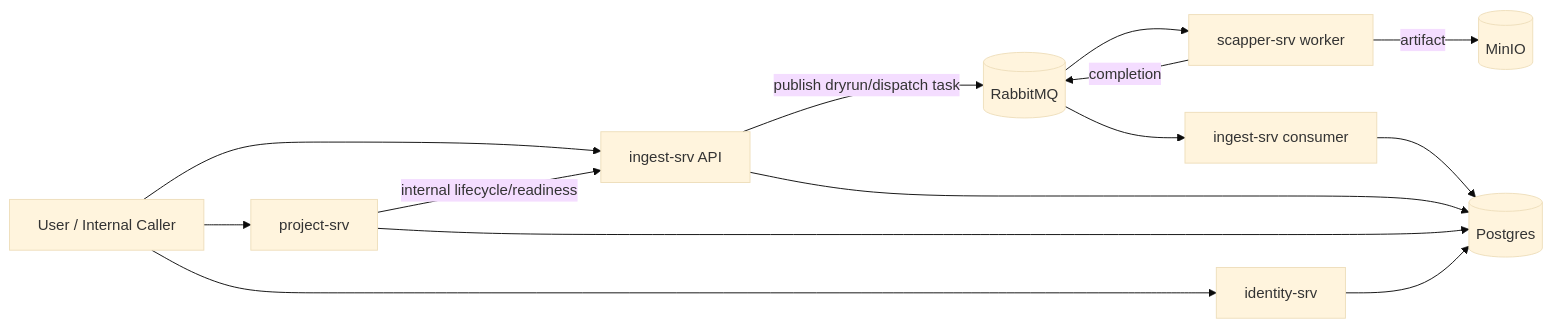
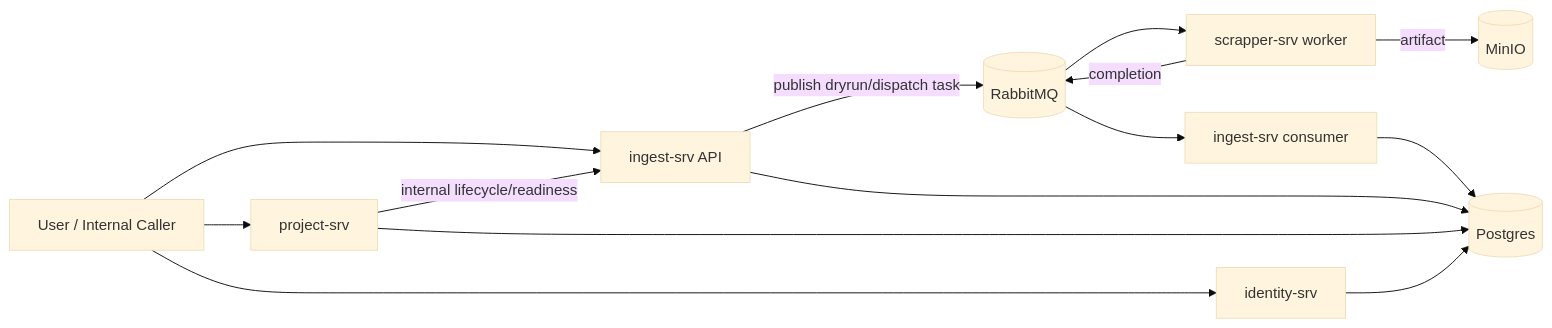
One commit to smap-hcmut/report changed the diagram in documents/phong_tmp/old_docs/new-code-derived-brd-srs/01-overview.md. Above: the diagram before and after it, drawn with Mermaid (base theme). The commit also changed other lines of this file and 62 other files, not shown here.

````diff
--- a/documents/phong_tmp/old_docs/new-code-derived-brd-srs/01-overview.md
+++ b/documents/phong_tmp/old_docs/new-code-derived-brd-srs/01-overview.md
@@ -76,16 +76,16 @@
 ```mermaid
 flowchart LR
     UI[User / Internal Caller] --> PROJECT[project-srv]
     UI --> INGEST[ingest-srv API]
     UI --> ID[identity-srv]
     PROJECT -->|internal lifecycle/readiness| INGEST
     INGEST -->|publish dryrun/dispatch task| RABBIT[(RabbitMQ)]
-    RABBIT --> SCAP[scapper-srv worker]
+    RABBIT --> SCAP[scrapper-srv worker]
     SCAP -->|artifact| MINIO[(MinIO)]
     SCAP -->|completion| RABBIT
     RABBIT --> INGESTC[ingest-srv consumer]
     INGESTC --> DB[(Postgres)]
     INGEST --> DB
     PROJECT --> DB
     ID --> DB
 ```
````
